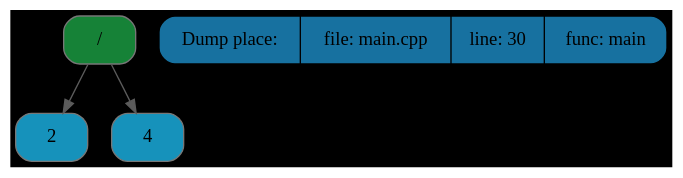
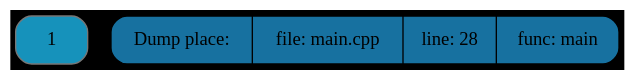
Before and after one commit to Maksim-Sebelev/Differentiator: the diagram in tree.dot, drawn with Graphviz. The commit also changed 14 other files, not shown here.

```diff
--- a/tree.dot
+++ b/tree.dot
@@ -1,11 +1,7 @@
 digraph G{
 rankdir=TB
 graph [bgcolor="#000000"];
-node0x504000000050[shape=Mrecord, style=filled, fillcolor="#168237"label ="/", color = "#777777"];
-node0x504000000290[shape=Mrecord, style=filled, fillcolor="#1692bb"label ="2", color = "#777777"];
-node0x5040000002d0[shape=Mrecord, style=filled, fillcolor="#1692bb"label ="4", color = "#777777"];
+node0x504000000010[shape=Mrecord, style=filled, fillcolor="#1692bb"label ="1", color = "#777777"];
 edge[color="#5b5b5b"];
-node0x504000000050->node0x504000000290;
-node0x504000000050->node0x5040000002d0;
-place[shape=Mrecord, style=filled, fillcolor="#1771a0",label  = "Dump place:| file: main.cpp |<f0> line: 30 |<f1> func: main", color = "#000000"];
+place[shape=Mrecord, style=filled, fillcolor="#1771a0",label  = "Dump place:| file: main.cpp |<f0> line: 28 |<f1> func: main", color = "#000000"];
 }
```
